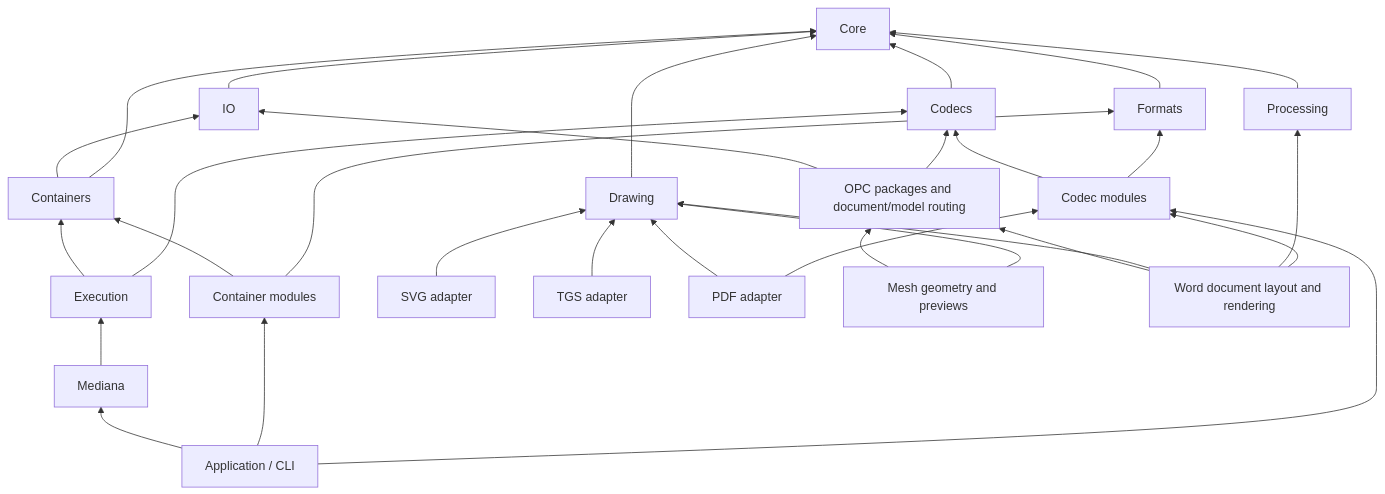
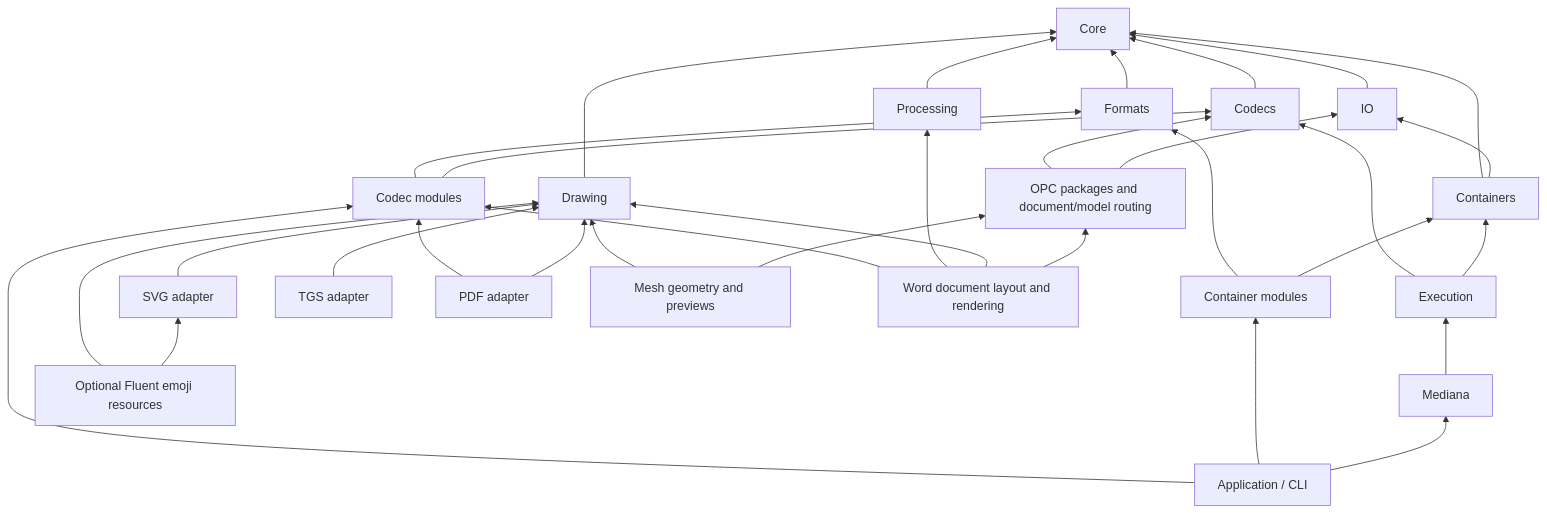
Before and after one commit to bvdcode/Mediana: the diagram in docs/architecture.md, drawn with Mermaid. The commit also changed 4 other files, not shown here.

Commit message:
Document Fluent emoji APIs, resource storage and package attribution

````diff
--- a/docs/architecture.md
+++ b/docs/architecture.md
@@ -7,32 +7,34 @@
 ```mermaid
 flowchart BT
     IO --> Core
     Formats --> Core
     Containers --> IO
     Containers --> Core
     Codecs --> Core
     Drawing --> Core
     Processing --> Core
     ContainerModules[Container modules] --> Containers
     ContainerModules --> Formats
     CodecModules[Codec modules] --> Codecs
     CodecModules --> Formats
     Execution --> Containers
     Execution --> Codecs
     Mediana --> Execution
     Svg[SVG adapter] --> Drawing
+    Fluent[Optional Fluent emoji resources] --> Svg
+    Fluent --> Drawing
     Tgs[TGS adapter] --> Drawing
     Pdf[PDF adapter] --> Drawing
     Pdf --> CodecModules
     OpenXml[OPC packages and document/model routing] --> IO
     Mesh[Mesh geometry and previews] --> OpenXml
     Mesh --> Drawing
     OpenXml --> Codecs
     Word[Word document layout and rendering] --> OpenXml
     Word --> Drawing
     Word --> Processing
     Word --> CodecModules
     Application[Application / CLI] --> Mediana
     Application --> ContainerModules
     Application --> CodecModules
 ```
````
